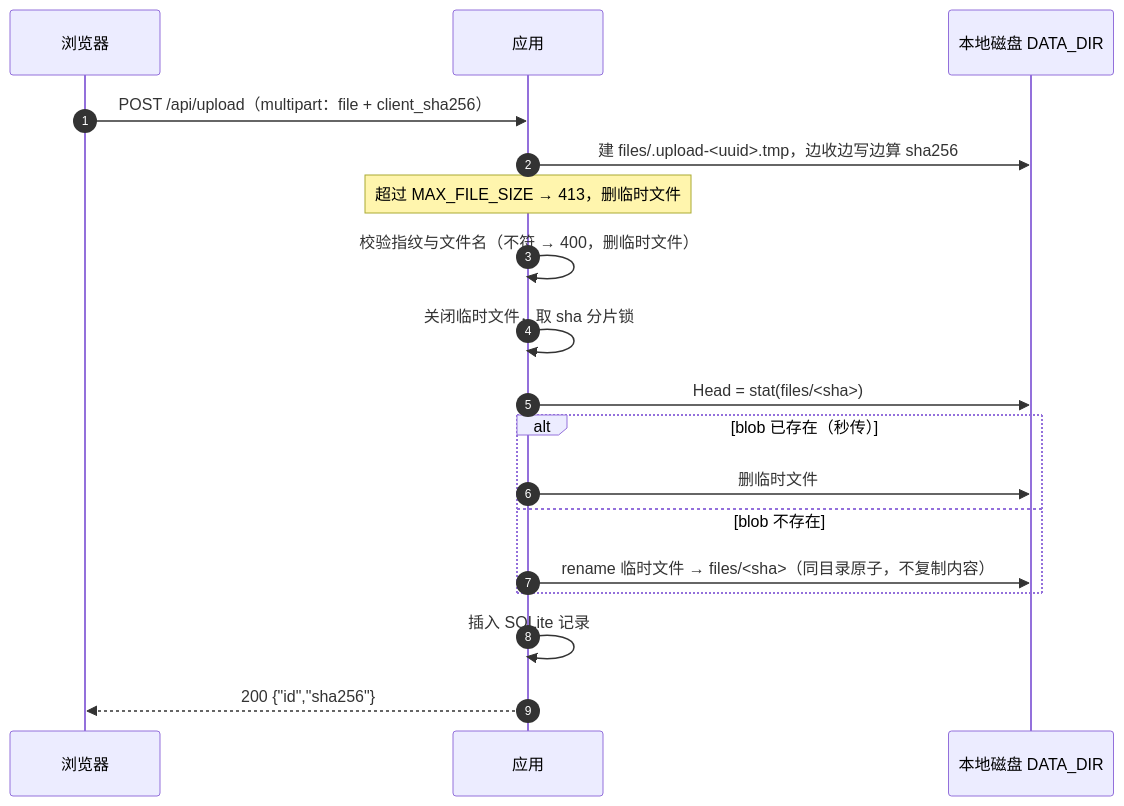
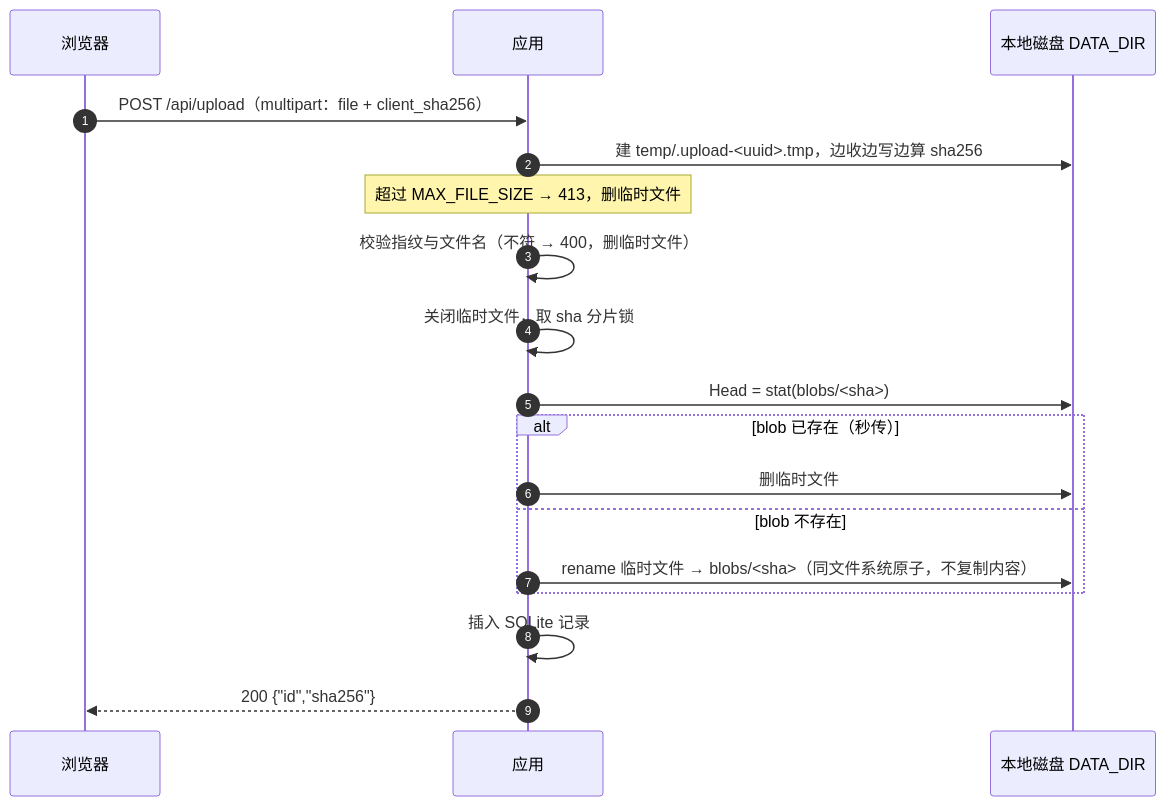
The first of 3 diagrams in DESIGN.md (hm-service/file-share), drawn with Mermaid before and after one commit. The commit also changed other lines of this file and 12 other files, not shown here.

First line of the commit message:
DATA_DIR 布局拆分：files 改名 blobs，上传临时文件移到 temp

````diff
--- a/DESIGN.md
+++ b/DESIGN.md
@@ -198,21 +201,21 @@
 ```mermaid
 sequenceDiagram
     autonumber
     participant B as 浏览器
     participant A as 应用
     participant D as 本地磁盘 DATA_DIR
 
     B->>A: POST /api/upload（multipart：file + client_sha256）
-    A->>D: 建 files/.upload-<uuid>.tmp，边收边写边算 sha256
+    A->>D: 建 temp/.upload-<uuid>.tmp，边收边写边算 sha256
     Note over A: 超过 MAX_FILE_SIZE → 413，删临时文件
     A->>A: 校验指纹与文件名（不符 → 400，删临时文件）
     A->>A: 关闭临时文件，取 sha 分片锁
-    A->>D: Head = stat(files/<sha>)
+    A->>D: Head = stat(blobs/<sha>)
     alt blob 已存在（秒传）
         A->>D: 删临时文件
     else blob 不存在
-        A->>D: rename 临时文件 → files/<sha>（同目录原子，不复制内容）
+        A->>D: rename 临时文件 → blobs/<sha>（同文件系统原子，不复制内容）
     end
     A->>A: 插入 SQLite 记录
     A-->>B: 200 {"id","sha256"}
 ```
````
